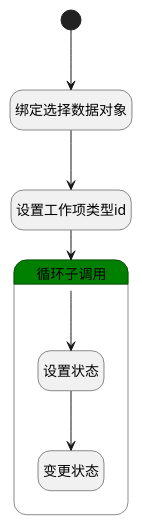
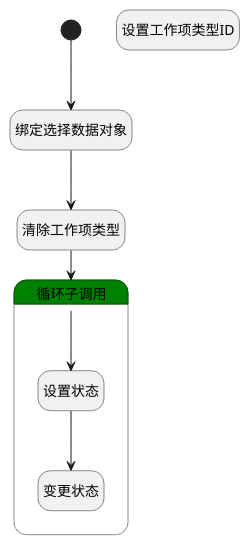
Before and after one commit to iBizLab/plm: the diagram in doc/docsify/module/ProjMgmt/work_item/logic/change_state.md, drawn with PlantUML. The commit also changed other lines of this file and 1473 other files, not shown here.

````diff
--- a/doc/docsify/module/ProjMgmt/work_item/logic/change_state.md
+++ b/doc/docsify/module/ProjMgmt/work_item/logic/change_state.md
@@ -7,28 +7,29 @@
 ```plantuml
 @startuml
 hide empty description
 <style>
 root {
   HyperlinkColor #42b983
 }
 </style>
 
 hide empty description
 state "开始" as Begin <<start>> [[$./change_state#begin {"开始"}]]
 state "绑定选择数据对象" as BINDPARAM1  [[$./change_state#bindparam1 {"绑定选择数据对象"}]]
-state "设置工作项类型id" as RAWSFCODE1  [[$./change_state#rawsfcode1 {"设置工作项类型id"}]]
+state "设置工作项类型ID" as RAWSFCODE_01  [[$./change_state#rawsfcode_01 {"设置工作项类型ID"}]]
+state "清除工作项类型" as PREPAREPARAM_01  [[$./change_state#prepareparam_01 {"清除工作项类型"}]]
 state "循环子调用" as LOOPSUBCALL1  [[$./change_state#loopsubcall1 {"循环子调用"}]] #green {
 state "设置状态" as PREPAREPARAM2  [[$./change_state#prepareparam2 {"设置状态"}]]
 state "变更状态" as DEACTION1  [[$./change_state#deaction1 {"变更状态"}]]
 }
 
 
 Begin --> BINDPARAM1
-BINDPARAM1 --> RAWSFCODE1
-RAWSFCODE1 --> LOOPSUBCALL1
+BINDPARAM1 --> PREPAREPARAM_01
+PREPAREPARAM_01 --> LOOPSUBCALL1
 LOOPSUBCALL1 --> PREPAREPARAM2
 PREPAREPARAM2 --> DEACTION1
 
 
 @enduml
 ```
````
